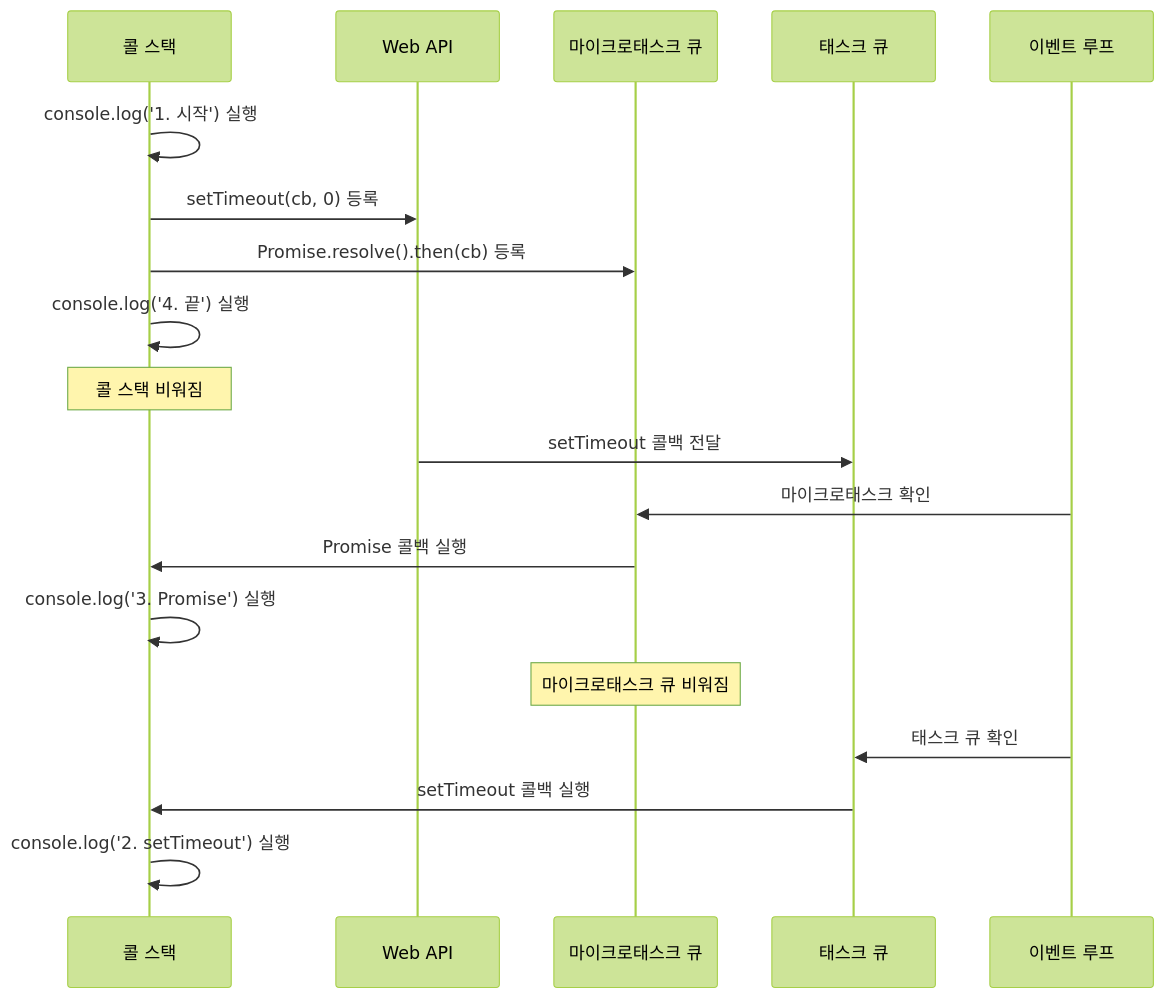
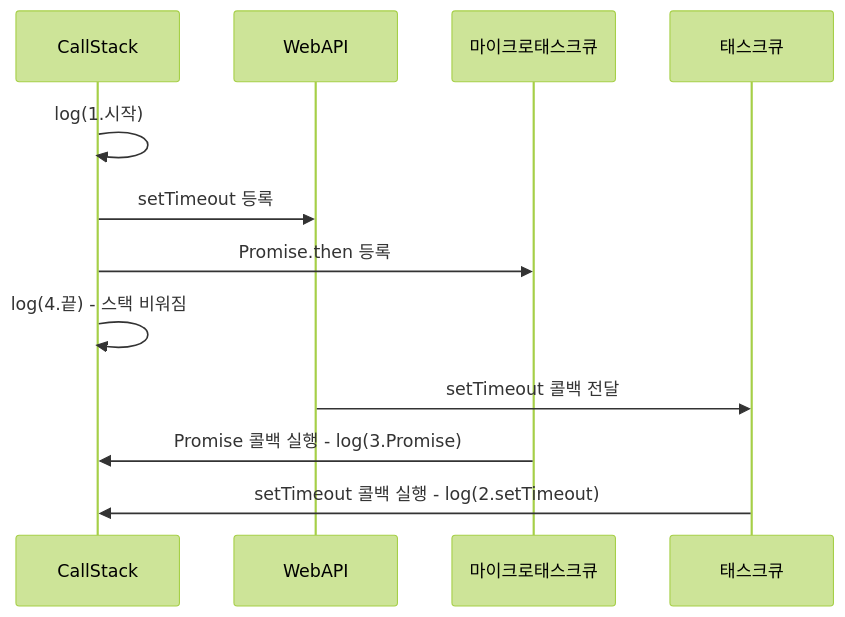
One commit to yjkim2015/yjkim2015.github.io changed the sixth of 13 diagrams in _posts/frontend/2026-05-02-js-event-loop.md. Above: the diagram before and after it, drawn with Mermaid (forest theme). The commit also changed other lines of this file and 215 other files, not shown here.

First line of the commit message:
신규 포스트 10개 추가 + Mermaid 전면 축소 + SystemDesign 시리즈 보강

````diff
--- a/_posts/frontend/2026-05-02-js-event-loop.md
+++ b/_posts/frontend/2026-05-02-js-event-loop.md
@@ -237,22 +168,14 @@
 ```mermaid
 sequenceDiagram
-    participant CS as 콜 스택
-    participant WA as Web API
-    participant MQ as 마이크로태스크 큐
-    participant TQ as 태스크 큐
-    participant EL as 이벤트 루프
-
-    CS->>CS: console.log('1. 시작') 실행
-    CS->>WA: setTimeout(cb, 0) 등록
-    CS->>MQ: Promise.resolve().then(cb) 등록
-    CS->>CS: console.log('4. 끝') 실행
-    Note over CS: 콜 스택 비워짐
+    participant CS as CallStack
+    participant WA as WebAPI
+    participant MQ as 마이크로태스크큐
+    participant TQ as 태스크큐
+    CS->>CS: log(1.시작)
+    CS->>WA: setTimeout 등록
+    CS->>MQ: Promise.then 등록
+    CS->>CS: log(4.끝) - 스택 비워짐
     WA->>TQ: setTimeout 콜백 전달
-    EL->>MQ: 마이크로태스크 확인
-    MQ->>CS: Promise 콜백 실행
-    CS->>CS: console.log('3. Promise') 실행
-    Note over MQ: 마이크로태스크 큐 비워짐
-    EL->>TQ: 태스크 큐 확인
-    TQ->>CS: setTimeout 콜백 실행
-    CS->>CS: console.log('2. setTimeout') 실행
+    MQ->>CS: Promise 콜백 실행 - log(3.Promise)
+    TQ->>CS: setTimeout 콜백 실행 - log(2.setTimeout)
 ```
````
